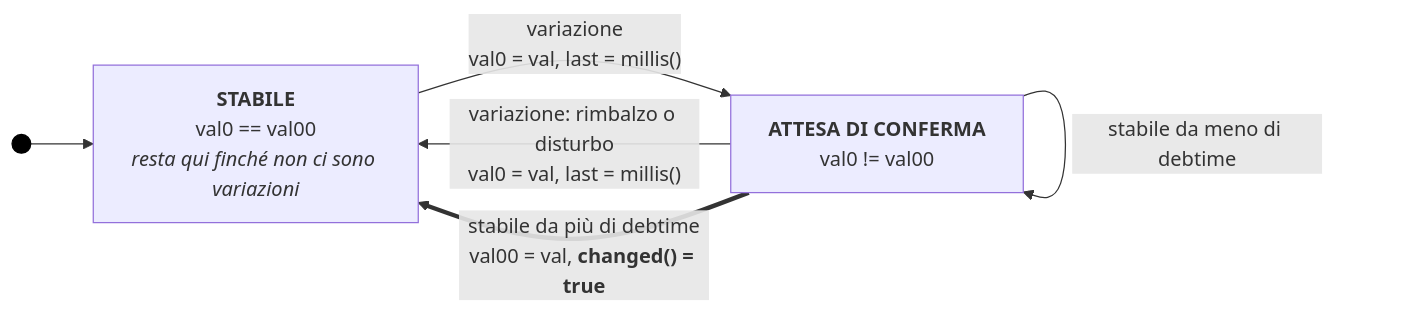
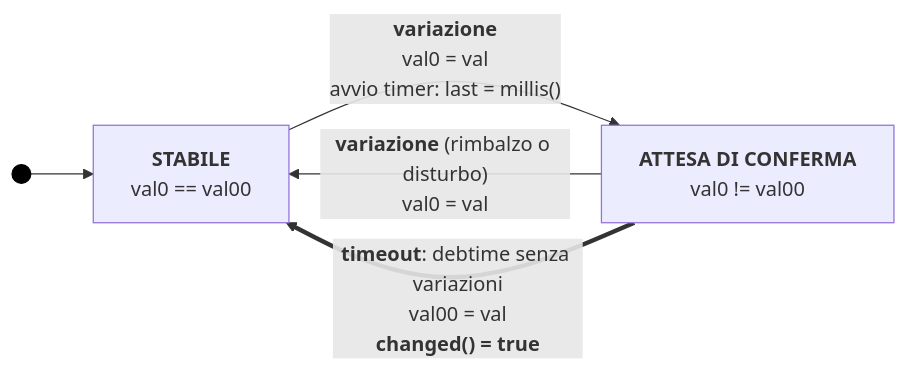
One commit to sebastianomelita/ArduinoBareMetal changed the diagram in debouncerFSM.md. Above: the diagram before and after it, drawn with Mermaid. The commit also changed other lines of this file and 1 other file, not shown here.

````diff
--- a/debouncerFSM.md
+++ b/debouncerFSM.md
@@ -133,11 +137,10 @@
 ```mermaid
 flowchart LR
     I(( )) --> S
-    S["<b>STABILE</b><br>val0 == val00<br><i>resta qui finché non ci sono variazioni</i>"]
+    S["<b>STABILE</b><br>val0 == val00"]
     A["<b>ATTESA DI CONFERMA</b><br>val0 != val00"]
-    S -- "variazione<br>val0 = val, last = millis()" --> A
-    A -- "variazione: rimbalzo o disturbo<br>val0 = val, last = millis()" --> S
-    A -- "stabile da meno di debtime" --> A
-    A == "stabile da più di debtime<br>val00 = val, <b>changed() = true</b>" ==> S
+    S -- "<b>variazione</b><br>val0 = val<br>avvio timer: last = millis()" --> A
+    A -- "<b>variazione</b> (rimbalzo o disturbo)<br>val0 = val" --> S
+    A == "<b>timeout</b>: debtime senza variazioni<br>val00 = val<br><b>changed() = true</b>" ==> S
     style I fill:#000,stroke:#000
 ```
````
